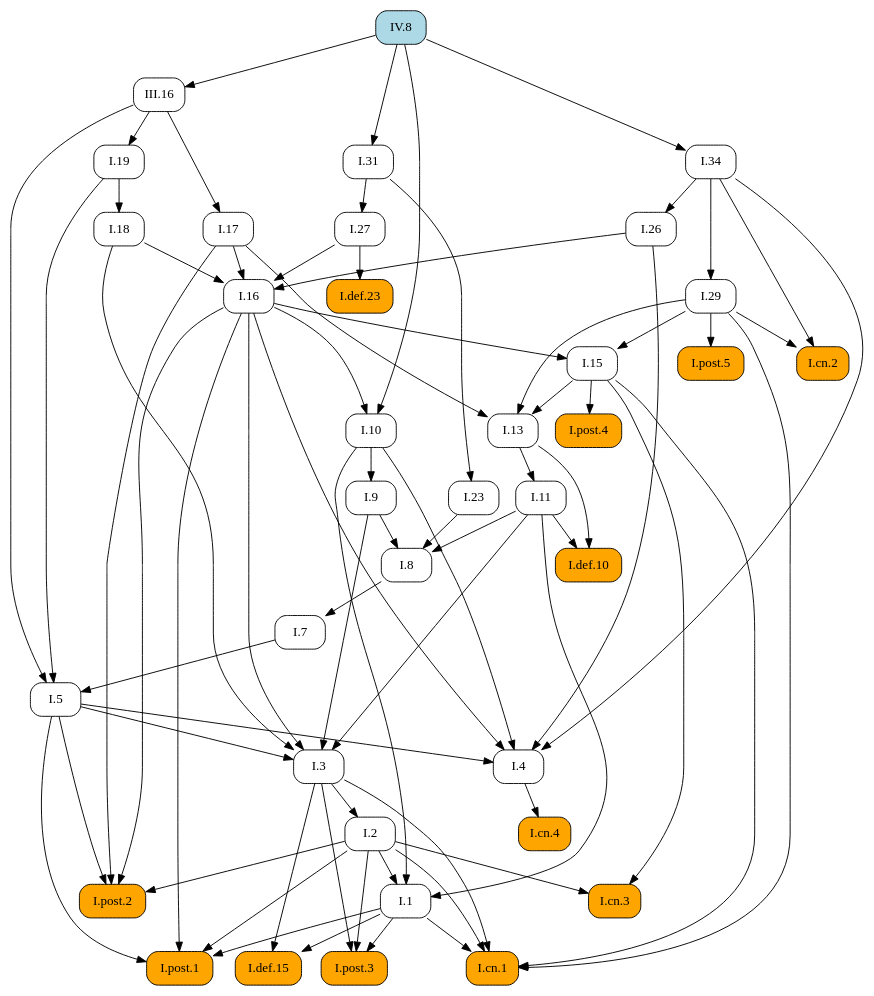
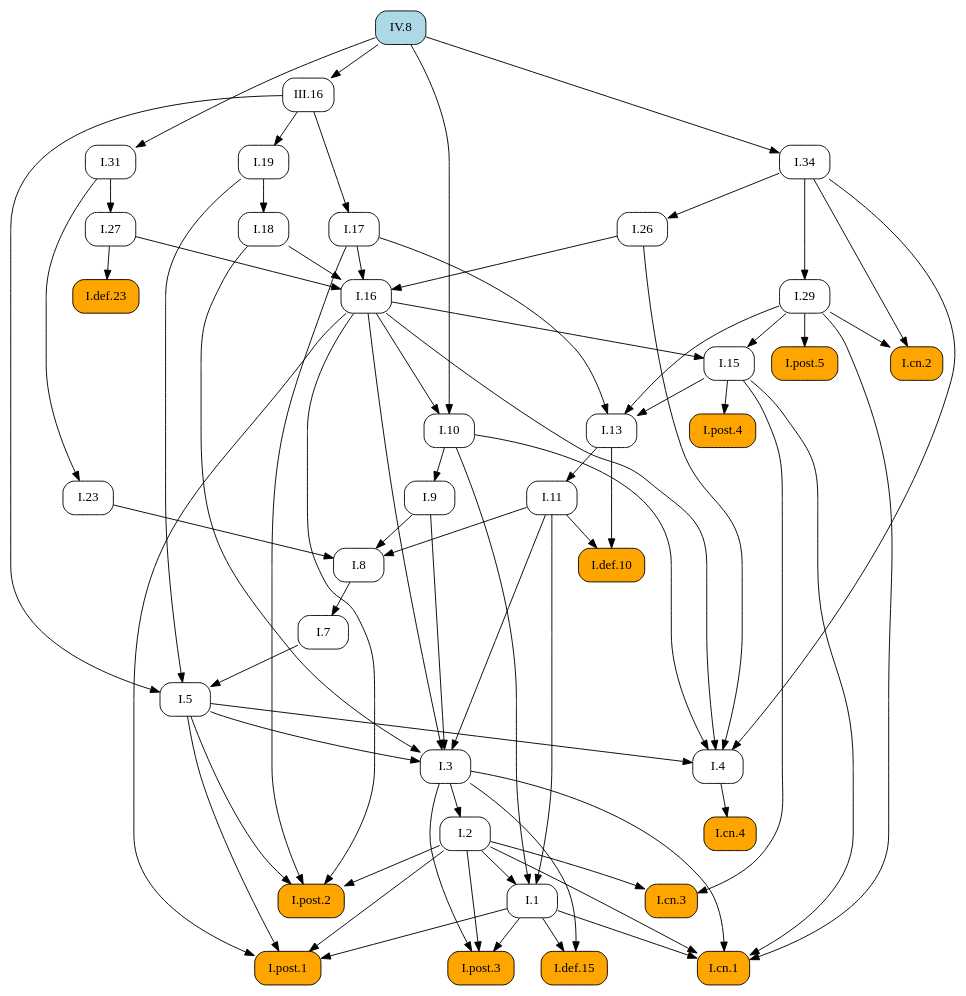
Before and after one commit to geometor/elements: the diagram in docsrc/elements2/IV/8/index.rst, drawn with Graphviz. The commit also changed other lines of this file and 409 other files, not shown here.

First line of the commit message:
feat: Add image cropping and graphic extraction script

```diff
--- a/docsrc/elements2/IV/8/index.rst
+++ b/docsrc/elements2/IV/8/index.rst
@@ -59,112 +59,112 @@
    digraph {
      rankdir="TB";
      node [shape=box, style=rounded];
+     "IV.8" [style="rounded,filled", fillcolor=lightblue, URL="/elements2/IV/8/", target="_top"];
+     "I.31" [URL="/elements2/I/31/", target="_top"];
      "I.8" [URL="/elements2/I/8/", target="_top"];
+     "I.5" [URL="/elements2/I/5/", target="_top"];
+     "I.15" [URL="/elements2/I/15/", target="_top"];
+     "I.17" [URL="/elements2/I/17/", target="_top"];
+     "I.26" [URL="/elements2/I/26/", target="_top"];
+     "I.cn.1" [style="rounded,filled", fillcolor=orange, URL="/elements2/I/cn.1/", target="_top"];
+     "I.7" [URL="/elements2/I/7/", target="_top"];
+     "III.16" [URL="/elements2/III/16/", target="_top"];
+     "I.23" [URL="/elements2/I/23/", target="_top"];
+     "I.16" [URL="/elements2/I/16/", target="_top"];
+     "I.34" [URL="/elements2/I/34/", target="_top"];
+     "I.def.15" [style="rounded,filled", fillcolor=orange, URL="/elements2/I/def.15/", target="_top"];
+     "I.19" [URL="/elements2/I/19/", target="_top"];
+     "I.18" [URL="/elements2/I/18/", target="_top"];
+     "I.def.23" [style="rounded,filled", fillcolor=orange, URL="/elements2/I/def.23/", target="_top"];
+     "I.11" [URL="/elements2/I/11/", target="_top"];
+     "I.def.10" [style="rounded,filled", fillcolor=orange, URL="/elements2/I/def.10/", target="_top"];
+     "I.post.4" [style="rounded,filled", fillcolor=orange, URL="/elements2/I/post.4/", target="_top"];
+     "I.post.5" [style="rounded,filled", fillcolor=orange, URL="/elements2/I/post.5/", target="_top"];
+     "I.3" [URL="/elements2/I/3/", target="_top"];
+     "I.10" [URL="/elements2/I/10/", target="_top"];
+     "I.cn.3" [style="rounded,filled", fillcolor=orange, URL="/elements2/I/cn.3/", target="_top"];
+     "I.13" [URL="/elements2/I/13/", target="_top"];
+     "I.post.3" [style="rounded,filled", fillcolor=orange, URL="/elements2/I/post.3/", target="_top"];
+     "I.4" [URL="/elements2/I/4/", target="_top"];
+     "I.9" [URL="/elements2/I/9/", target="_top"];
+     "I.29" [URL="/elements2/I/29/", target="_top"];
      "I.post.1" [style="rounded,filled", fillcolor=orange, URL="/elements2/I/post.1/", target="_top"];
-     "I.5" [URL="/elements2/I/5/", target="_top"];
-     "I.post.5" [style="rounded,filled", fillcolor=orange, URL="/elements2/I/post.5/", target="_top"];
-     "I.def.10" [style="rounded,filled", fillcolor=orange, URL="/elements2/I/def.10/", target="_top"];
-     "I.cn.2" [style="rounded,filled", fillcolor=orange, URL="/elements2/I/cn.2/", target="_top"];
-     "I.def.15" [style="rounded,filled", fillcolor=orange, URL="/elements2/I/def.15/", target="_top"];
-     "I.31" [URL="/elements2/I/31/", target="_top"];
-     "I.11" [URL="/elements2/I/11/", target="_top"];
-     "I.3" [URL="/elements2/I/3/", target="_top"];
-     "I.def.23" [style="rounded,filled", fillcolor=orange, URL="/elements2/I/def.23/", target="_top"];
-     "I.post.2" [style="rounded,filled", fillcolor=orange, URL="/elements2/I/post.2/", target="_top"];
-     "I.26" [URL="/elements2/I/26/", target="_top"];
-     "I.19" [URL="/elements2/I/19/", target="_top"];
-     "I.1" [URL="/elements2/I/1/", target="_top"];
-     "I.cn.4" [style="rounded,filled", fillcolor=orange, URL="/elements2/I/cn.4/", target="_top"];
-     "I.cn.3" [style="rounded,filled", fillcolor=orange, URL="/elements2/I/cn.3/", target="_top"];
-     "I.7" [URL="/elements2/I/7/", target="_top"];
-     "I.17" [URL="/elements2/I/17/", target="_top"];
-     "I.9" [URL="/elements2/I/9/", target="_top"];
-     "I.cn.1" [style="rounded,filled", fillcolor=orange, URL="/elements2/I/cn.1/", target="_top"];
-     "I.29" [URL="/elements2/I/29/", target="_top"];
-     "I.16" [URL="/elements2/I/16/", target="_top"];
-     "I.18" [URL="/elements2/I/18/", target="_top"];
-     "I.13" [URL="/elements2/I/13/", target="_top"];
-     "I.post.4" [style="rounded,filled", fillcolor=orange, URL="/elements2/I/post.4/", target="_top"];
      "I.2" [URL="/elements2/I/2/", target="_top"];
      "I.27" [URL="/elements2/I/27/", target="_top"];
-     "I.4" [URL="/elements2/I/4/", target="_top"];
-     "I.10" [URL="/elements2/I/10/", target="_top"];
-     "III.16" [URL="/elements2/III/16/", target="_top"];
-     "I.15" [URL="/elements2/I/15/", target="_top"];
-     "I.34" [URL="/elements2/I/34/", target="_top"];
-     "IV.8" [style="rounded,filled", fillcolor=lightblue, URL="/elements2/IV/8/", target="_top"];
-     "I.23" [URL="/elements2/I/23/", target="_top"];
-     "I.post.3" [style="rounded,filled", fillcolor=orange, URL="/elements2/I/post.3/", target="_top"];
+     "I.1" [URL="/elements2/I/1/", target="_top"];
+     "I.cn.2" [style="rounded,filled", fillcolor=orange, URL="/elements2/I/cn.2/", target="_top"];
+     "I.cn.4" [style="rounded,filled", fillcolor=orange, URL="/elements2/I/cn.4/", target="_top"];
+     "I.post.2" [style="rounded,filled", fillcolor=orange, URL="/elements2/I/post.2/", target="_top"];
+     "IV.8" -> "I.31";
      "I.9" -> "I.8";
      "I.11" -> "I.8";
      "I.23" -> "I.8";
-     "I.1" -> "I.post.1";
-     "I.2" -> "I.post.1";
-     "I.5" -> "I.post.1";
-     "I.16" -> "I.post.1";
      "I.7" -> "I.5";
      "I.19" -> "I.5";
      "III.16" -> "I.5";
-     "I.29" -> "I.post.5";
+     "I.16" -> "I.15";
+     "I.29" -> "I.15";
+     "III.16" -> "I.17";
+     "I.34" -> "I.26";
+     "I.1" -> "I.cn.1";
+     "I.2" -> "I.cn.1";
+     "I.3" -> "I.cn.1";
+     "I.15" -> "I.cn.1";
+     "I.29" -> "I.cn.1";
+     "I.8" -> "I.7";
+     "IV.8" -> "III.16";
+     "I.31" -> "I.23";
+     "I.17" -> "I.16";
+     "I.18" -> "I.16";
+     "I.26" -> "I.16";
+     "I.27" -> "I.16";
+     "IV.8" -> "I.34";
+     "I.1" -> "I.def.15";
+     "I.3" -> "I.def.15";
+     "III.16" -> "I.19";
+     "I.19" -> "I.18";
+     "I.27" -> "I.def.23";
+     "I.13" -> "I.11";
      "I.11" -> "I.def.10";
      "I.13" -> "I.def.10";
-     "I.29" -> "I.cn.2";
-     "I.34" -> "I.cn.2";
-     "I.1" -> "I.def.15";
-     "I.3" -> "I.def.15";
-     "IV.8" -> "I.31";
-     "I.13" -> "I.11";
+     "I.15" -> "I.post.4";
+     "I.29" -> "I.post.5";
      "I.5" -> "I.3";
      "I.9" -> "I.3";
      "I.11" -> "I.3";
      "I.16" -> "I.3";
      "I.18" -> "I.3";
-     "I.27" -> "I.def.23";
-     "I.2" -> "I.post.2";
-     "I.5" -> "I.post.2";
-     "I.16" -> "I.post.2";
-     "I.17" -> "I.post.2";
-     "I.34" -> "I.26";
-     "III.16" -> "I.19";
-     "I.2" -> "I.1";
-     "I.10" -> "I.1";
-     "I.11" -> "I.1";
-     "I.4" -> "I.cn.4";
+     "I.16" -> "I.10";
+     "IV.8" -> "I.10";
      "I.2" -> "I.cn.3";
      "I.15" -> "I.cn.3";
-     "I.8" -> "I.7";
-     "III.16" -> "I.17";
-     "I.10" -> "I.9";
-     "I.1" -> "I.cn.1";
-     "I.2" -> "I.cn.1";
-     "I.3" -> "I.cn.1";
-     "I.15" -> "I.cn.1";
-     "I.29" -> "I.cn.1";
-     "I.34" -> "I.29";
-     "I.17" -> "I.16";
-     "I.18" -> "I.16";
-     "I.26" -> "I.16";
-     "I.27" -> "I.16";
-     "I.19" -> "I.18";
      "I.15" -> "I.13";
      "I.17" -> "I.13";
      "I.29" -> "I.13";
-     "I.15" -> "I.post.4";
-     "I.3" -> "I.2";
-     "I.31" -> "I.27";
+     "I.1" -> "I.post.3";
+     "I.2" -> "I.post.3";
+     "I.3" -> "I.post.3";
      "I.5" -> "I.4";
      "I.10" -> "I.4";
      "I.16" -> "I.4";
      "I.26" -> "I.4";
      "I.34" -> "I.4";
-     "I.16" -> "I.10";
-     "IV.8" -> "I.10";
-     "IV.8" -> "III.16";
-     "I.16" -> "I.15";
-     "I.29" -> "I.15";
-     "IV.8" -> "I.34";
-     "I.31" -> "I.23";
-     "I.1" -> "I.post.3";
-     "I.2" -> "I.post.3";
-     "I.3" -> "I.post.3";
+     "I.10" -> "I.9";
+     "I.34" -> "I.29";
+     "I.1" -> "I.post.1";
+     "I.2" -> "I.post.1";
+     "I.5" -> "I.post.1";
+     "I.16" -> "I.post.1";
+     "I.3" -> "I.2";
+     "I.31" -> "I.27";
+     "I.2" -> "I.1";
+     "I.10" -> "I.1";
+     "I.11" -> "I.1";
+     "I.29" -> "I.cn.2";
+     "I.34" -> "I.cn.2";
+     "I.4" -> "I.cn.4";
+     "I.2" -> "I.post.2";
+     "I.5" -> "I.post.2";
+     "I.16" -> "I.post.2";
+     "I.17" -> "I.post.2";
    }
```
